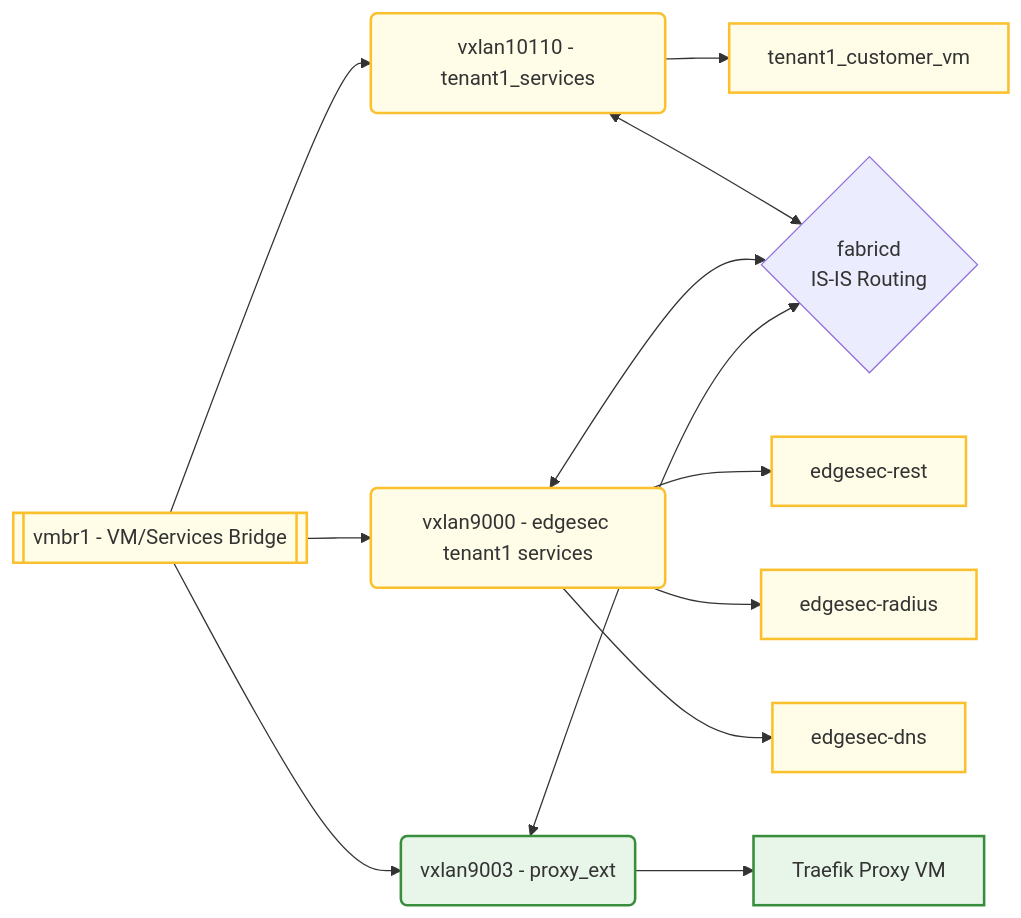
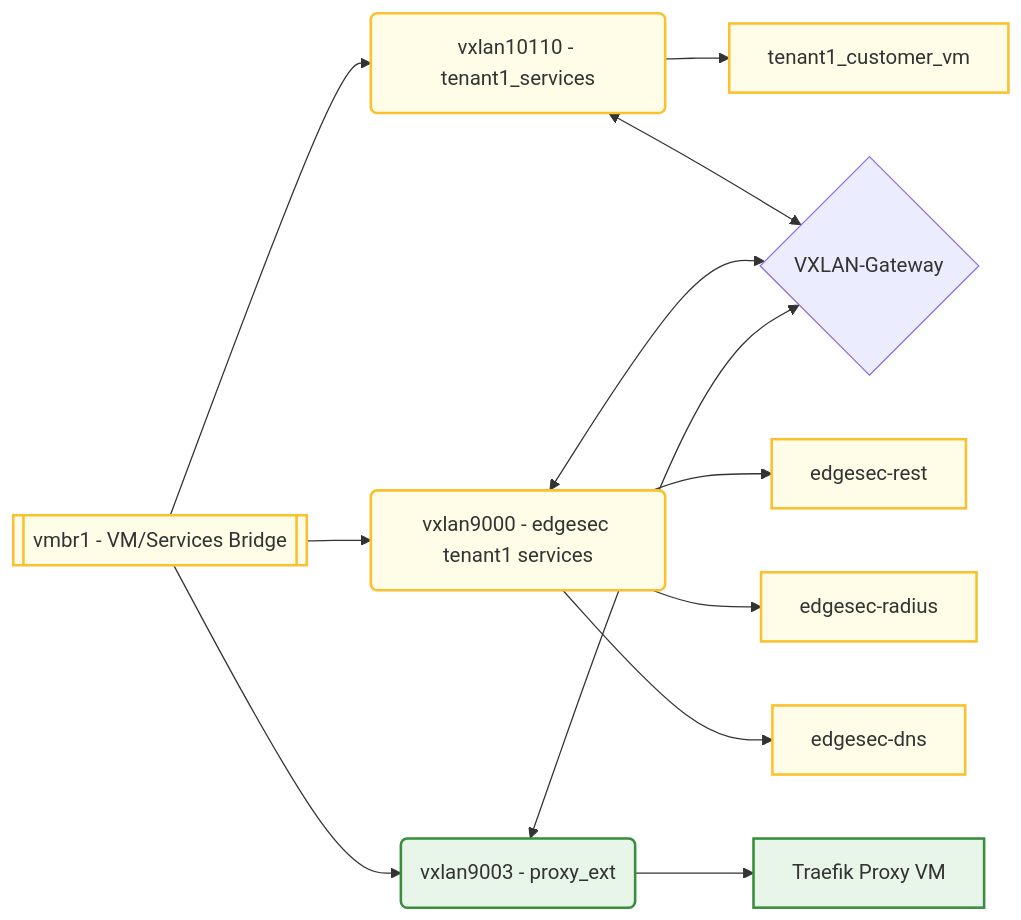
Before and after one commit to CEP-Comwell/proxmox_addons: the third of 4 diagrams in README.md, drawn with Mermaid. The commit also changed other lines of this file, not shown here.

Commit message:
updated fabricd to VXLAN-Gateway

````diff
--- a/README.md
+++ b/README.md
@@ -111,30 +111,30 @@
 ```mermaid
 graph LR
 VMBridge[[vmbr1 - VM/Services Bridge]]
 VX10110(vxlan10110 - tenant1_services)
 VX9000(vxlan9000 - edgesec tenant1 services)
 VX9003(vxlan9003 - proxy_ext)
 CustVM[tenant1_customer_vm]
 RestVM[edgesec-rest]
 RadiusVM[edgesec-radius]
 DNSVM[edgesec-dns]
 ProxyVM[Traefik Proxy VM]
-Fabricd{fabricd\nIS-IS Routing}
+VXLANGW{VXLAN-Gateway}
 
 VMBridge --> VX10110
 VMBridge --> VX9000
 VMBridge --> VX9003
 VX10110 --> CustVM
 VX9000 --> RestVM
 VX9000 --> RadiusVM
 VX9000 --> DNSVM
 VX9003 --> ProxyVM
-VX10110 <--> Fabricd
-VX9000 <--> Fabricd
-VX9003 <--> Fabricd
+VX10110 <--> VXLANGW
+VX9000 <--> VXLANGW
+VX9003 <--> VXLANGW
 
 classDef vm fill:#fffde7,stroke:#fbc02d,stroke-width:2px;
 classDef proxy fill:#e8f5e9,stroke:#388e3c,stroke-width:2px;
 class VMBridge,VX10110,VX9000,CustVM,RestVM,RadiusVM,DNSVM vm;
 class VX9003,ProxyVM proxy;
 ```
````
